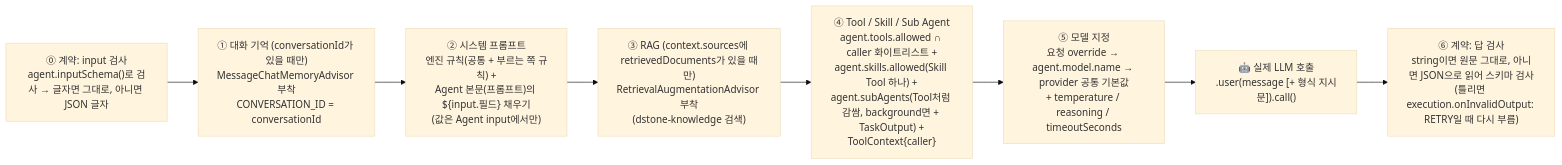
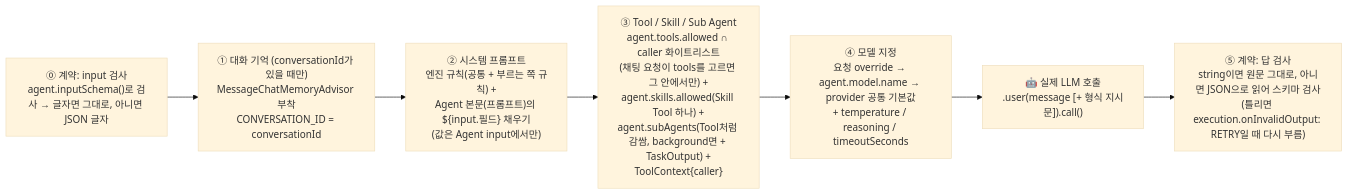
Before and after one commit to YongSoekChoeng/dstone: the eighth of 10 diagrams in docs/09.dstone-ai-engine.md, drawn with Mermaid (base theme). The commit also changed other lines of this file and 72 other files, not shown here.

First line of the commit message:
올린 문서 RAG 개편: 자동 RAG 제거, 문서 Tool 3종, 묶음, 구조 인식 청킹

````diff
--- a/docs/09.dstone-ai-engine.md
+++ b/docs/09.dstone-ai-engine.md
@@ -888,11 +887,10 @@
 ```mermaid
 flowchart LR
     S0["⓪ 계약: input 검사\nagent.inputSchema()로 검사 → 글자면 그대로, 아니면 JSON 글자"] --> S1
     S1["① 대화 기억 (conversationId가 있을 때만)\nMessageChatMemoryAdvisor 부착\nCONVERSATION_ID = conversationId"] --> S2
     S2["② 시스템 프롬프트\n엔진 규칙(공통 + 부르는 쪽 규칙) +\nAgent 본문(프롬프트)의 ${input.필드} 채우기\n(값은 Agent input에서만)"] --> S3
-    S3["③ RAG (context.sources에 retrievedDocuments가 있을 때만)\nRetrievalAugmentationAdvisor 부착\n(dstone-knowledge 검색)"] --> S4
-    S4["④ Tool / Skill / Sub Agent\nagent.tools.allowed ∩ caller 화이트리스트 +\nagent.skills.allowed(Skill Tool 하나) +\nagent.subAgents(Tool처럼 감쌈, background면 + TaskOutput) +\nToolContext{caller}"] --> S5
-    S5["⑤ 모델 지정\n요청 override → agent.model.name → provider 공통 기본값\n+ temperature / reasoning / timeoutSeconds"] --> LLM
-    LLM["🤖 실제 LLM 호출\n.user(message [+ 형식 지시문]).call()"] --> S6
-    S6["⑥ 계약: 답 검사\nstring이면 원문 그대로, 아니면 JSON으로 읽어 스키마 검사\n(틀리면 execution.onInvalidOutput: RETRY일 때 다시 부름)"]
+    S3["③ Tool / Skill / Sub Agent\nagent.tools.allowed ∩ caller 화이트리스트\n(채팅 요청이 tools를 고르면 그 안에서만) +\nagent.skills.allowed(Skill Tool 하나) +\nagent.subAgents(Tool처럼 감쌈, background면 + TaskOutput) +\nToolContext{caller}"] --> S4
+    S4["④ 모델 지정\n요청 override → agent.model.name → provider 공통 기본값\n+ temperature / reasoning / timeoutSeconds"] --> LLM
+    LLM["🤖 실제 LLM 호출\n.user(message [+ 형식 지시문]).call()"] --> S5
+    S5["⑤ 계약: 답 검사\nstring이면 원문 그대로, 아니면 JSON으로 읽어 스키마 검사\n(틀리면 execution.onInvalidOutput: RETRY일 때 다시 부름)"]
 ```
````
